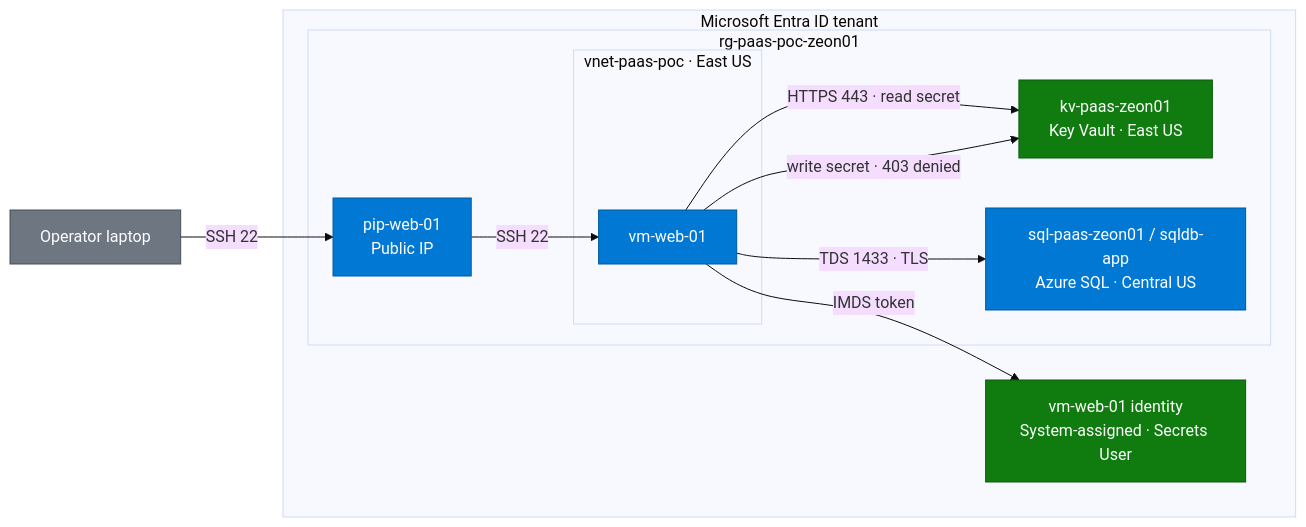
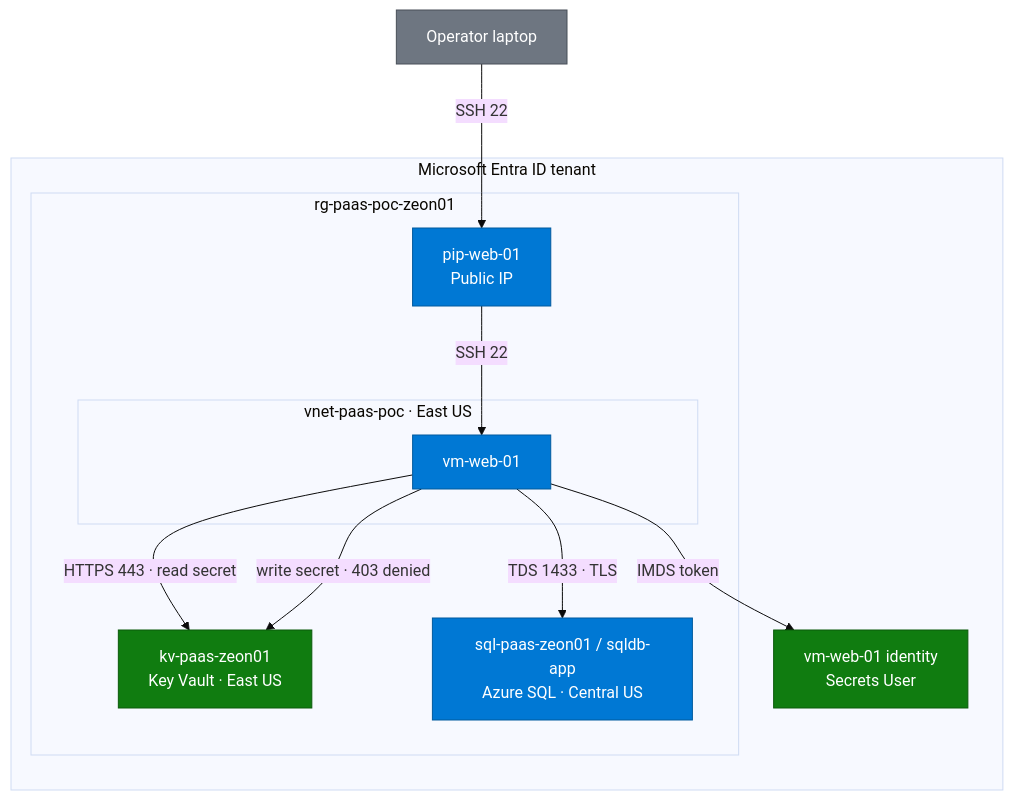
One commit to zsociety47/azure-sql-keyvault-poc changed the diagram in README.md. Above: the diagram before and after it, drawn with Mermaid (base theme). The commit also changed other lines of this file, not shown here.

Commit message:
Render the architecture diagram at full size with arrows only to resources.

````diff
--- a/README.md
+++ b/README.md
@@ -344,31 +344,32 @@
 ```mermaid
-flowchart LR
+%%{init: {"flowchart": {"useMaxWidth": false, "nodeSpacing": 50, "rankSpacing": 70}}}%%
+flowchart TD
     operator["Operator laptop"]
 
     subgraph tenant["Microsoft Entra ID tenant"]
-        ident["vm-web-01 identity<br/>System-assigned · Secrets User"]
         subgraph rg["rg-paas-poc-zeon01"]
             pip["pip-web-01<br/>Public IP"]
             subgraph vnet["vnet-paas-poc · East US"]
                 vmweb["vm-web-01"]
             end
             kv["kv-paas-zeon01<br/>Key Vault · East US"]
             sqldb["sql-paas-zeon01 / sqldb-app<br/>Azure SQL · Central US"]
         end
+        ident["vm-web-01 identity<br/>Secrets User"]
     end
 
     operator -- "SSH 22" --> pip
     pip -- "SSH 22" --> vmweb
     vmweb -- "IMDS token" --> ident
     vmweb -- "HTTPS 443 · read secret" --> kv
     vmweb -- "write secret · 403 denied" --> kv
     vmweb -- "TDS 1433 · TLS" --> sqldb
 
     classDef azure fill:#0078d4,stroke:#005a9e,color:#fff
     classDef external fill:#6e7681,stroke:#484f58,color:#fff
     classDef identity fill:#107c10,stroke:#0b5a0b,color:#fff
 
     class pip,vmweb,sqldb azure
     class operator external
     class ident,kv identity
 ```
````
